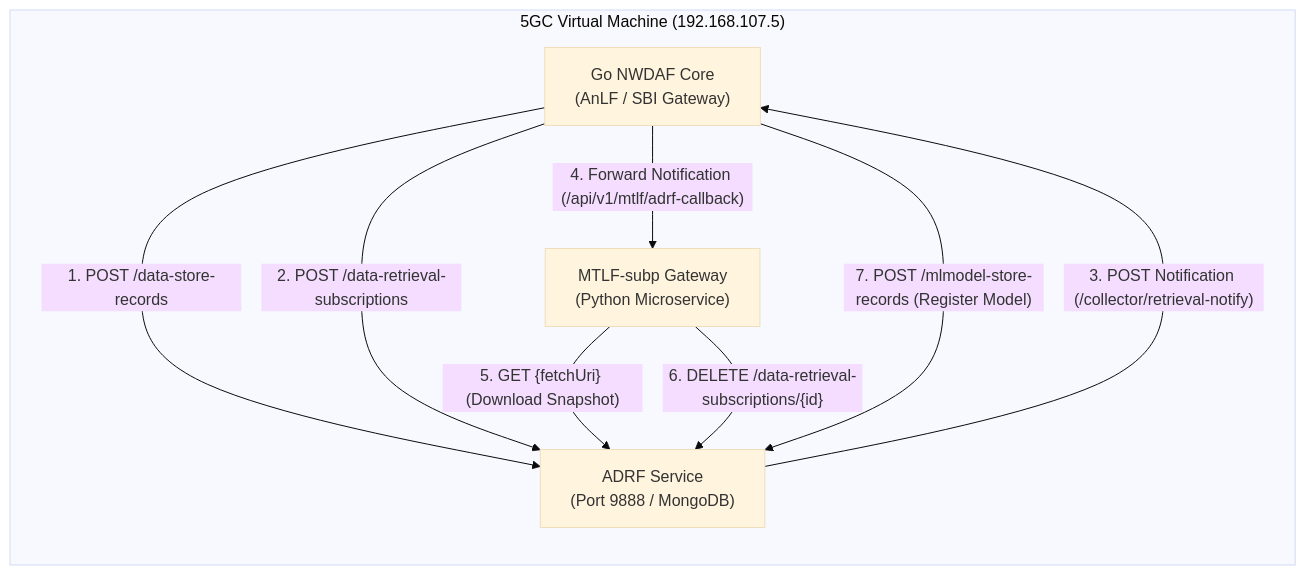
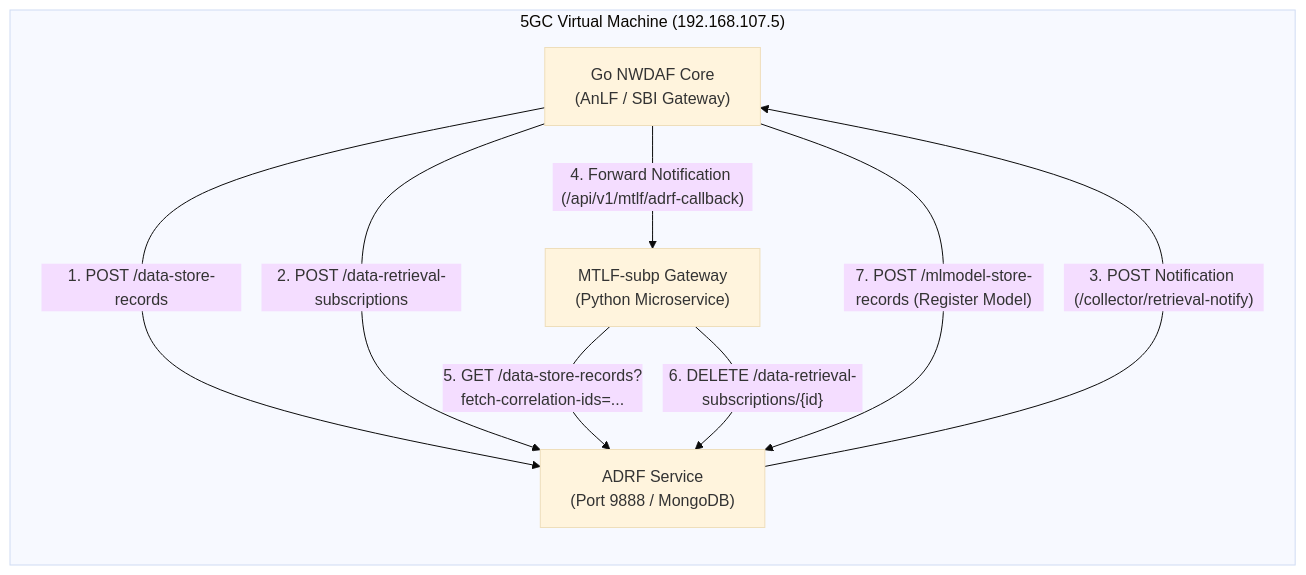
Before and after one commit to Intelligent-Systems-Lab/adrf: the first of 2 diagrams in README.md, drawn with Mermaid (base theme). The commit also changed other lines of this file and 10 other files, not shown here.

````diff
--- a/README.md
+++ b/README.md
@@ -11,16 +18,16 @@
 ```mermaid
 graph LR
     subgraph VM ["5GC Virtual Machine (192.168.107.5)"]
         NWDAF["Go NWDAF Core<br/>(AnLF / SBI Gateway)"]
         ADRF["ADRF Service<br/>(Port 9888 / MongoDB)"]
         MTLF["MTLF-subp Gateway<br/>(Python Microservice)"]
     end
 
     NWDAF -- "1. POST /data-store-records" --> ADRF
     NWDAF -- "2. POST /data-retrieval-subscriptions" --> ADRF
     ADRF -- "3. POST Notification (/collector/retrieval-notify)" --> NWDAF
     NWDAF -- "4. Forward Notification (/api/v1/mtlf/adrf-callback)" --> MTLF
-    MTLF -- "5. GET {fetchUri} (Download Snapshot)" --> ADRF
+    MTLF -- "5. GET /data-store-records?fetch-correlation-ids=..." --> ADRF
     MTLF -- "6. DELETE /data-retrieval-subscriptions/{id}" --> ADRF
     NWDAF -- "7. POST /mlmodel-store-records (Register Model)" --> ADRF
 ```
````
